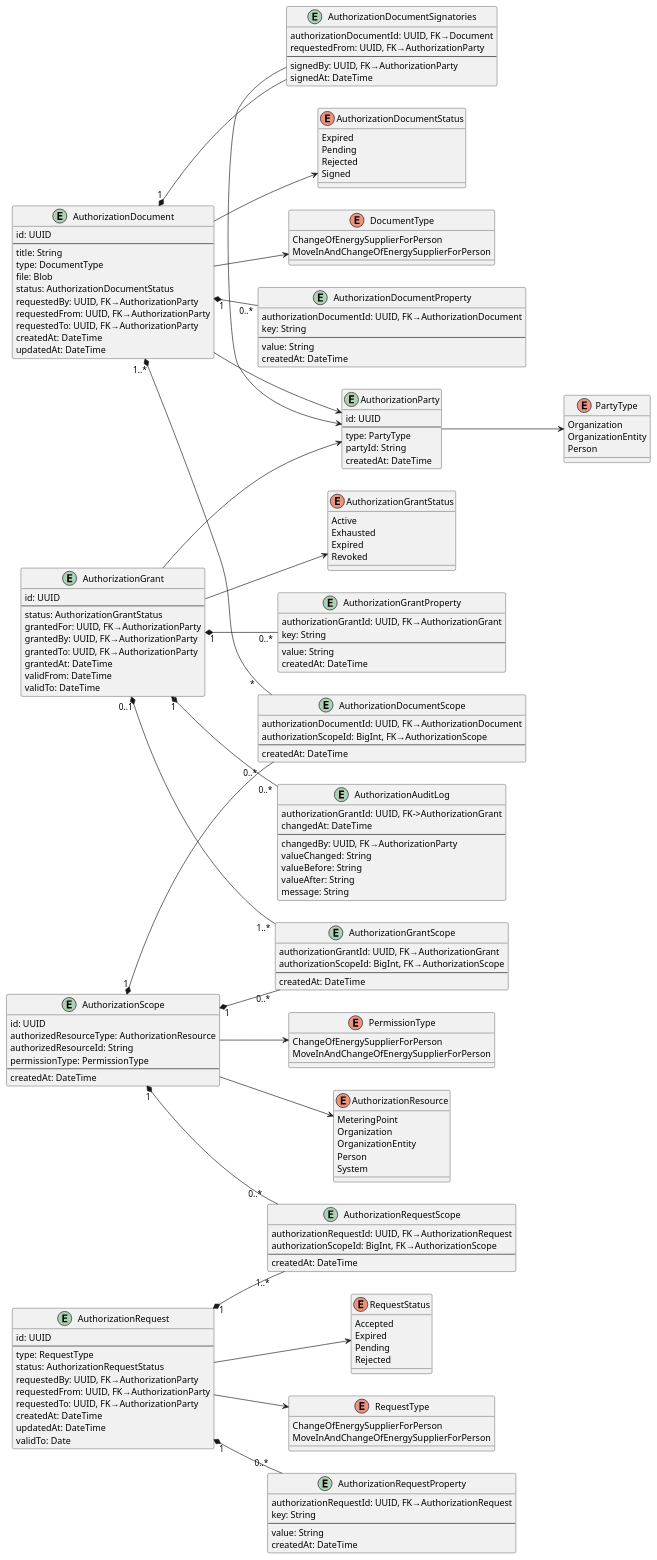
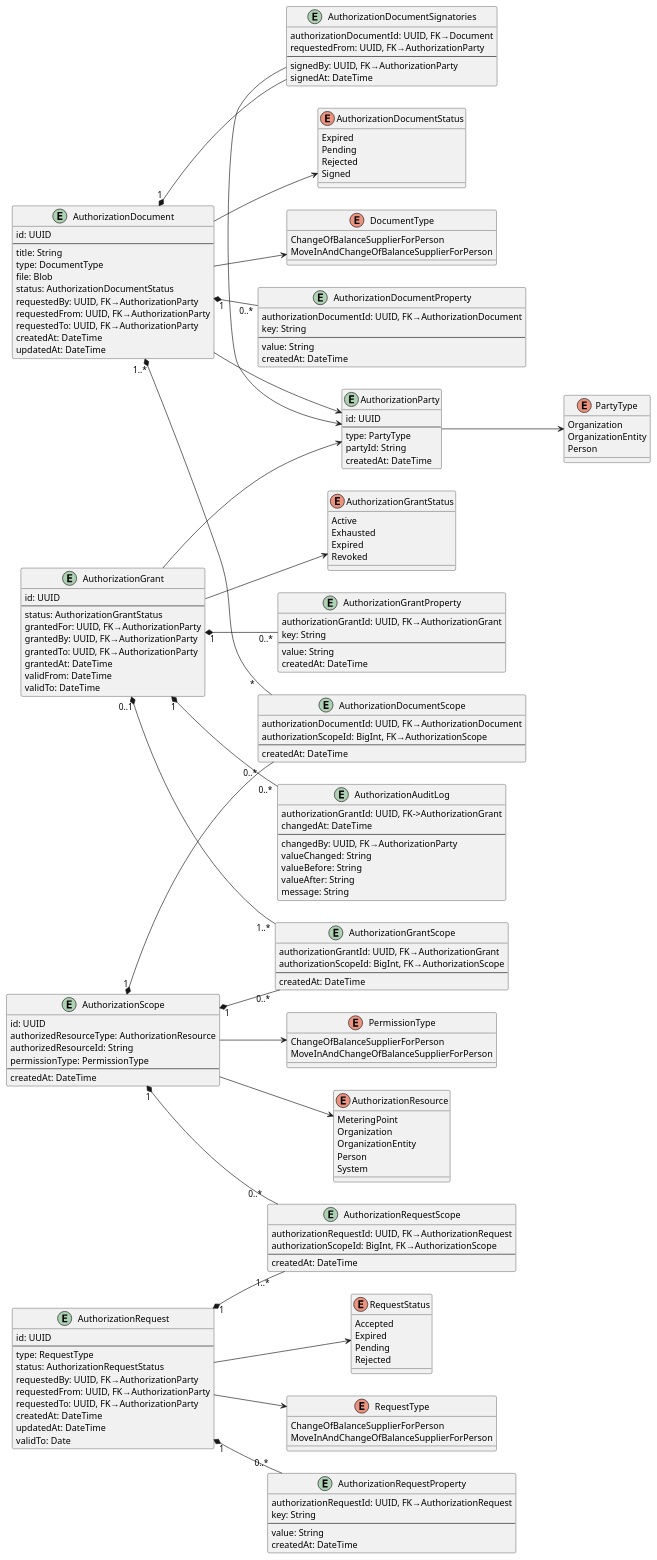
Before and after one commit to elhub/auth-grant-manager: the diagram in docs/assets/datamodel.plantuml, drawn with PlantUML. The commit also changed 44 other files, not shown here.

```diff
--- a/docs/assets/datamodel.plantuml
+++ b/docs/assets/datamodel.plantuml
@@ -14,8 +14,8 @@
 }
 
 enum PermissionType {
-  ChangeOfEnergySupplierForPerson
-  MoveInAndChangeOfEnergySupplierForPerson
+  ChangeOfBalanceSupplierForPerson
+  MoveInAndChangeOfBalanceSupplierForPerson
 }
 
 enum AuthorizationDocumentStatus {
@@ -47,13 +47,13 @@
 }
 
 enum DocumentType {
-  ChangeOfEnergySupplierForPerson
-  MoveInAndChangeOfEnergySupplierForPerson
+  ChangeOfBalanceSupplierForPerson
+  MoveInAndChangeOfBalanceSupplierForPerson
 }
 
 enum RequestType {
-  ChangeOfEnergySupplierForPerson
-  MoveInAndChangeOfEnergySupplierForPerson
+  ChangeOfBalanceSupplierForPerson
+  MoveInAndChangeOfBalanceSupplierForPerson
 }
 
 entity AuthorizationGrant {
```
